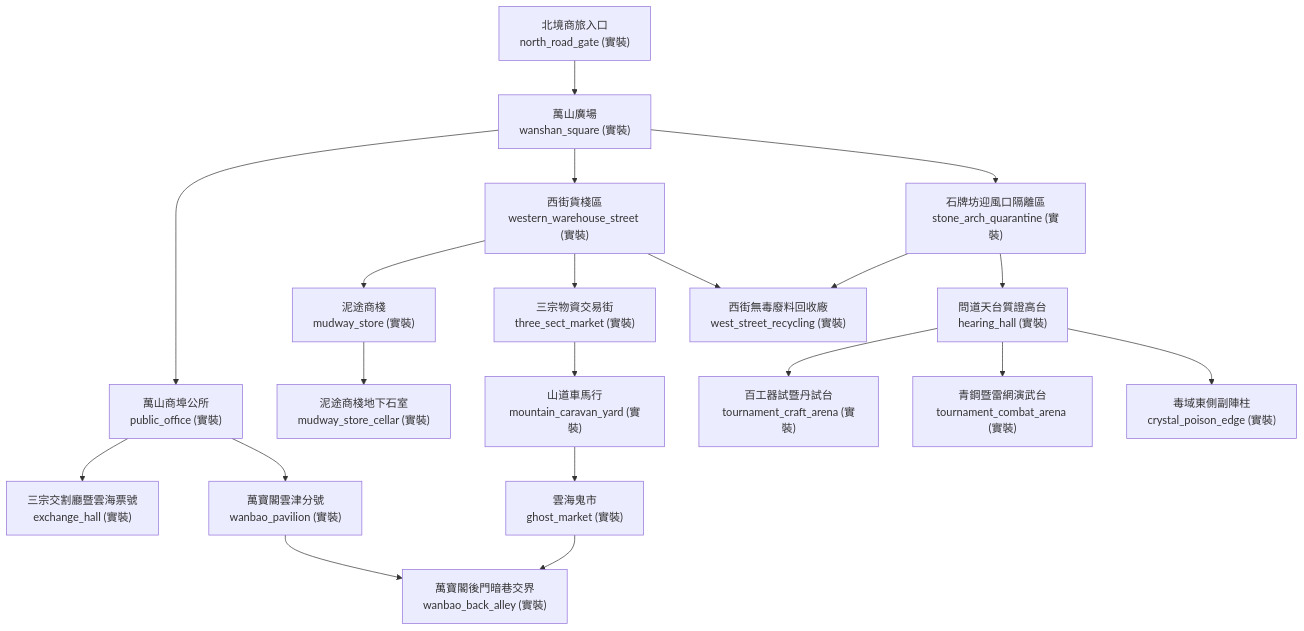
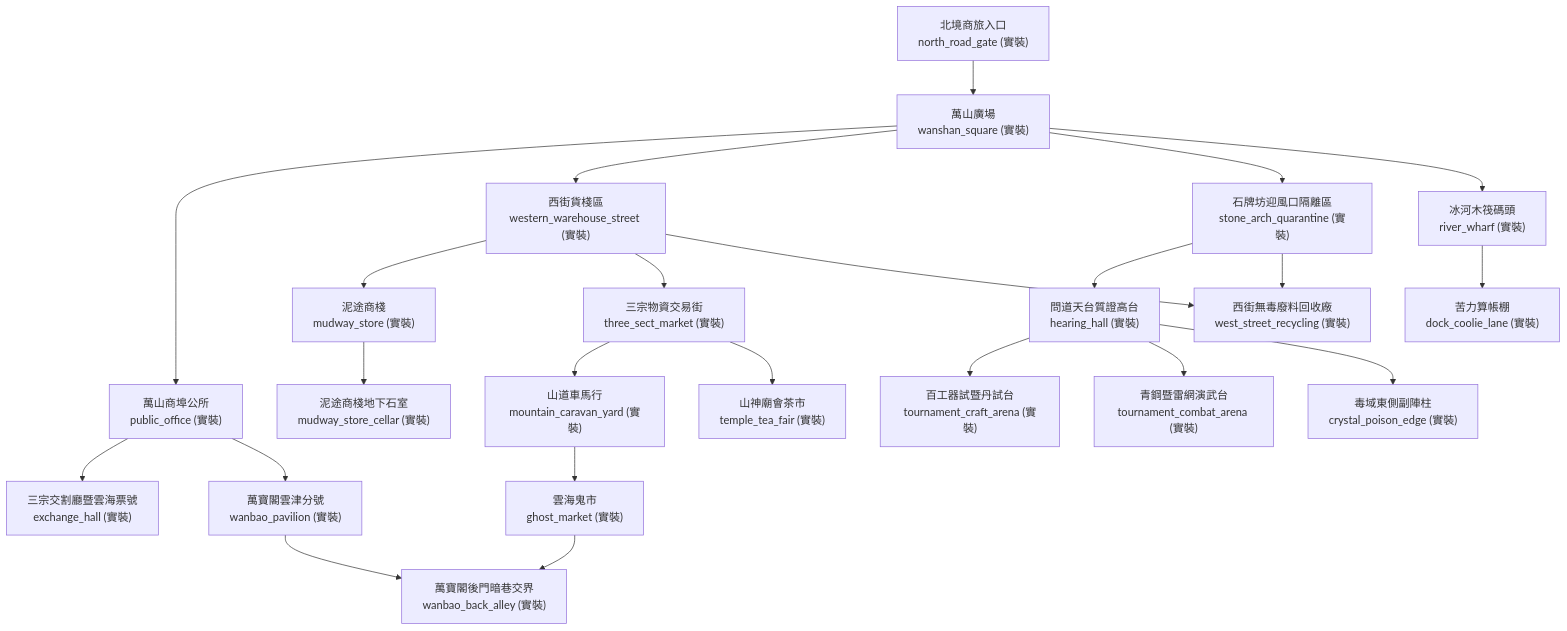
One commit to wade-fs/mudscript changed the diagram in forgotten-space/narrative/docs/maps/tier2/yunjin_map.md. Above: the diagram before and after it, drawn with Mermaid. The commit also changed other lines of this file and 16 other files, not shown here.

````diff
--- a/forgotten-space/narrative/docs/maps/tier2/yunjin_map.md
+++ b/forgotten-space/narrative/docs/maps/tier2/yunjin_map.md
@@ -32,34 +35,36 @@
 ```mermaid
 flowchart TD
   north_road_gate["北境商旅入口<br/>north_road_gate (實裝)"]
   wanshan_square["萬山廣場<br/>wanshan_square (實裝)"]
   public_office["萬山商埠公所<br/>public_office (實裝)"]
   exchange_hall["三宗交割廳暨雲海票號<br/>exchange_hall (實裝)"]
   wanbao_pavilion["萬寶閣雲津分號<br/>wanbao_pavilion (實裝)"]
   western_warehouse_street["西街貨棧區<br/>western_warehouse_street (實裝)"]
   mudway_store["泥途商棧<br/>mudway_store (實裝)"]
   mudway_store_cellar["泥途商棧地下石室<br/>mudway_store_cellar (實裝)"]
   three_sect_market["三宗物資交易街<br/>three_sect_market (實裝)"]
   mountain_caravan_yard["山道車馬行<br/>mountain_caravan_yard (實裝)"]
   ghost_market["雲海鬼市<br/>ghost_market (實裝)"]
   wanbao_back_alley["萬寶閣後門暗巷交界<br/>wanbao_back_alley (實裝)"]
   north_road_gate --> wanshan_square
   wanshan_square --> public_office
   public_office --> exchange_hall
   public_office --> wanbao_pavilion
   wanbao_pavilion --> wanbao_back_alley
   wanshan_square --> western_warehouse_street
   western_warehouse_street --> mudway_store
   mudway_store --> mudway_store_cellar
   western_warehouse_street --> three_sect_market
   three_sect_market --> mountain_caravan_yard
   mountain_caravan_yard --> ghost_market
   ghost_market --> wanbao_back_alley
   wanshan_square --> stone_arch_quarantine["石牌坊迎風口隔離區<br/>stone_arch_quarantine (實裝)"]
   stone_arch_quarantine --> hearing_hall["問道天台質證高台<br/>hearing_hall (實裝)"]
   hearing_hall --> tournament_craft_arena["百工器試暨丹試台<br/>tournament_craft_arena (實裝)"]
   hearing_hall --> tournament_combat_arena["青鋼暨雷網演武台<br/>tournament_combat_arena (實裝)"]
   hearing_hall --> crystal_poison_edge["毒域東側副陣柱<br/>crystal_poison_edge (實裝)"]
   western_warehouse_street --> west_street_recycling["西街無毒廢料回收廠<br/>west_street_recycling (實裝)"]
   stone_arch_quarantine --> west_street_recycling
+  wanshan_square --> river_wharf["冰河木筏碼頭<br/>river_wharf (實裝)"] --> dock_coolie_lane["苦力算帳棚<br/>dock_coolie_lane (實裝)"]
+  three_sect_market --> temple_tea_fair["山神廟會茶市<br/>temple_tea_fair (實裝)"]
 ```
````
